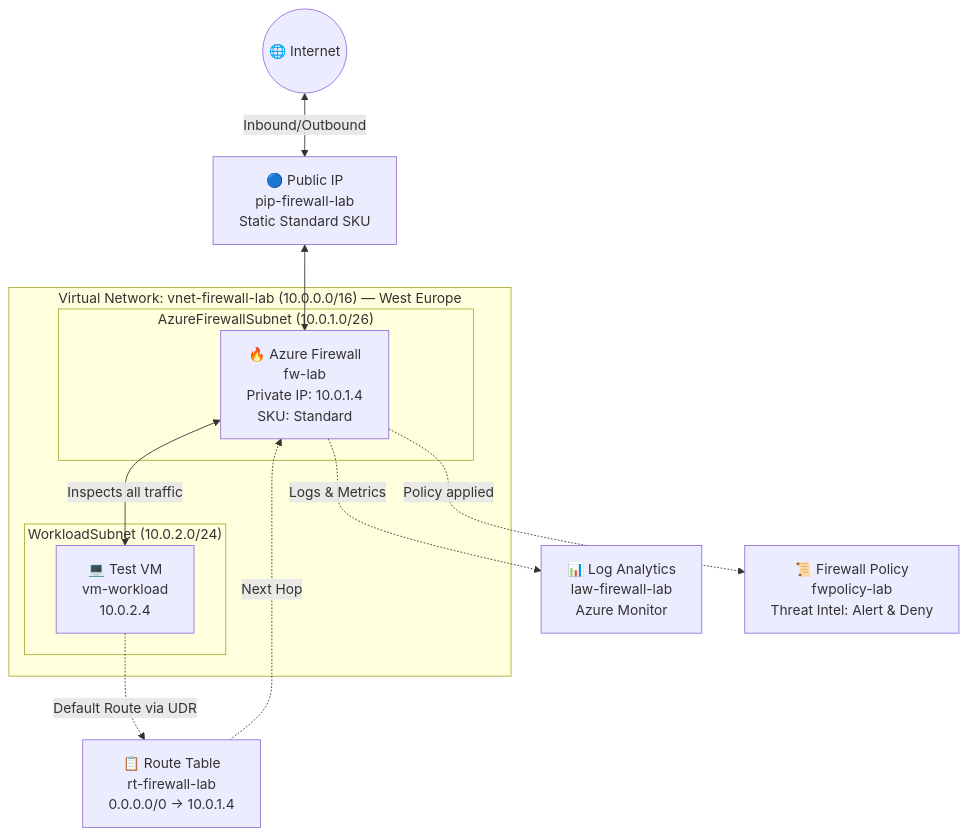
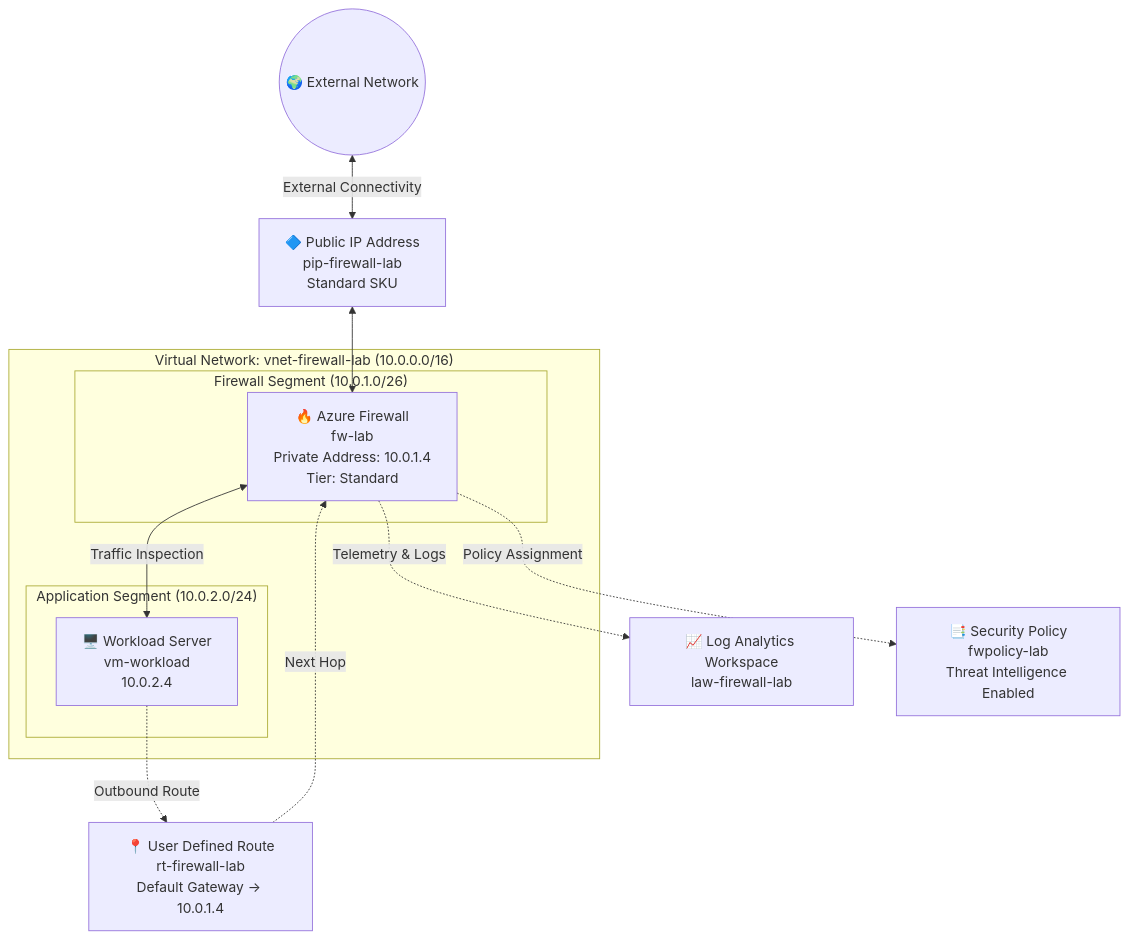
Before and after one commit to michaelnzegbuna-rgb/Azure-firewall-Config: the diagram in architecture_diagram.md, drawn with Mermaid. The commit also changed other lines of this file, not shown here.

````diff
--- a/architecture_diagram.md
+++ b/architecture_diagram.md
@@ -5,27 +5,27 @@
 ```mermaid
 graph TB
-    Internet((🌐 Internet))
-    PublicIP["🔵 Public IP\npip-firewall-lab\nStatic Standard SKU"]
-    
-    subgraph VNet["Virtual Network: vnet-firewall-lab (10.0.0.0/16) — West Europe"]
-        subgraph FWSubnet["AzureFirewallSubnet (10.0.1.0/26)"]
-            Firewall["🔥 Azure Firewall\nfw-lab\nPrivate IP: 10.0.1.4\nSKU: Standard"]
+    Internet((🌍 External Network))
+    PublicIP["🔷 Public IP Address\npip-firewall-lab\nStandard SKU"]
+
+    subgraph AzureVNet["Virtual Network: vnet-firewall-lab (10.0.0.0/16)"]
+        subgraph FirewallZone["Firewall Segment (10.0.1.0/26)"]
+            Firewall["🔥 Azure Firewall\nfw-lab\nPrivate Address: 10.0.1.4\nTier: Standard"]
         end
-        
-        subgraph WorkloadSubnet["WorkloadSubnet (10.0.2.0/24)"]
-            VM["💻 Test VM\nvm-workload\n10.0.2.4"]
+
+        subgraph ComputeZone["Application Segment (10.0.2.0/24)"]
+            VM["🖥️ Workload Server\nvm-workload\n10.0.2.4"]
         end
     end
 
-    RouteTable["📋 Route Table\nrt-firewall-lab\n0.0.0.0/0 → 10.0.1.4"]
-    LogAnalytics["📊 Log Analytics\nlaw-firewall-lab\nAzure Monitor"]
-    Policy["📜 Firewall Policy\nfwpolicy-lab\nThreat Intel: Alert & Deny"]
+    UDR["📍 User Defined Route\nrt-firewall-lab\nDefault Gateway → 10.0.1.4"]
+    Monitor["📈 Log Analytics Workspace\nlaw-firewall-lab"]
+    FWPolicy["📑 Security Policy\nfwpolicy-lab\nThreat Intelligence Enabled"]
 
-    Internet <-->|Inbound/Outbound| PublicIP
+    Internet <-->|External Connectivity| PublicIP
     PublicIP <--> Firewall
-    Firewall <-->|Inspects all traffic| VM
-    VM -.->|Default Route via UDR| RouteTable
-    RouteTable -.->|Next Hop| Firewall
-    Firewall -.->|Logs & Metrics| LogAnalytics
-    Firewall -.->|Policy applied| Policy
+    Firewall <-->|Traffic Inspection| VM
+    VM -.->|Outbound Route| UDR
+    UDR -.->|Next Hop| Firewall
+    Firewall -.->|Telemetry & Logs| Monitor
+    Firewall -.->|Policy Assignment| FWPolicy
 ```
````
